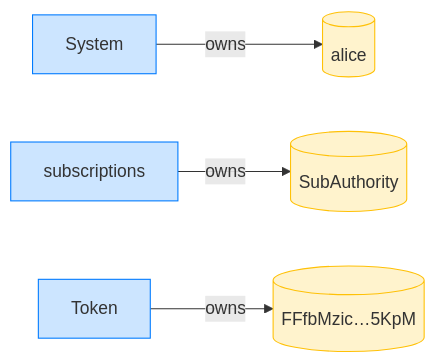
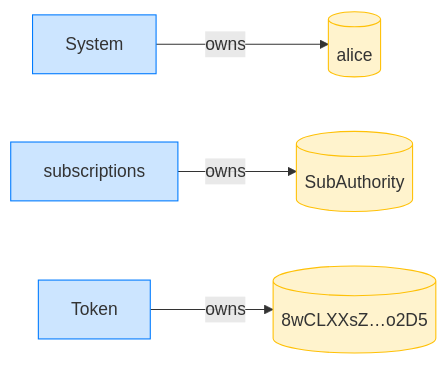
The fourth of 20 diagrams in dsl_tests/resume-rejects-a-mismatched-plan.md (cds-rs/subscriptions), drawn with Mermaid before and after one commit. The commit also changed other lines of this file and 224 other files, not shown here.

````diff
--- a/dsl_tests/resume-rejects-a-mismatched-plan.md
+++ b/dsl_tests/resume-rejects-a-mismatched-plan.md
@@ -73,14 +78,14 @@
 ```mermaid
 flowchart LR
     classDef owner fill:#cce5ff,stroke:#007bff;
     classDef account fill:#fff3cd,stroke:#ffc107;
     System[System]:::owner
     alice[(alice)]:::account
     subscriptions[subscriptions]:::owner
     SubAuthority[(SubAuthority)]:::account
     Token[Token]:::owner
-    FFfbMzic_5KpM[("FFfbMzic…5KpM")]:::account
+    8wCLXXsZ_o2D5[("8wCLXXsZ…o2D5")]:::account
     System -->|owns| alice
     subscriptions -->|owns| SubAuthority
-    Token -->|owns| FFfbMzic_5KpM
+    Token -->|owns| 8wCLXXsZ_o2D5
 ```
````
